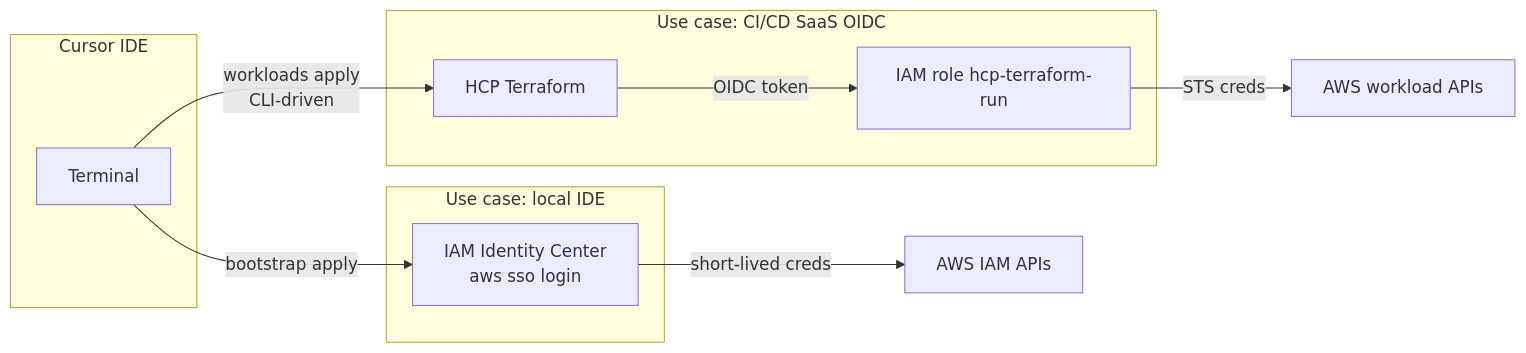
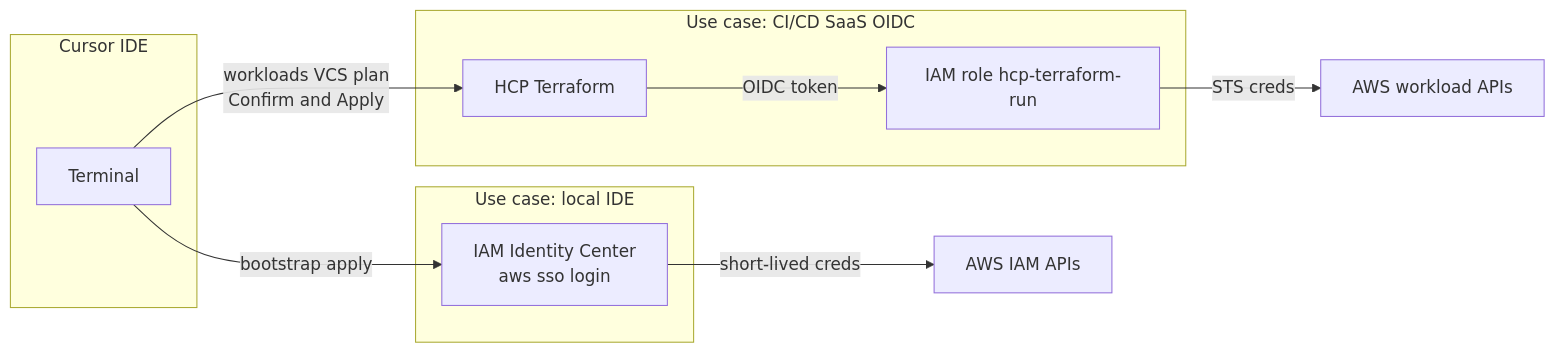
Before and after one commit to UttamGiri/kong-ai-gateway: the second of 6 diagrams in aws/terraform/hcp-terraform-aws-bootstrap.md, drawn with Mermaid. The commit also changed other lines of this file and 8 other files, not shown here.

First line of the commit message:
Switch the workloads workspace to VCS so plans show in HCP Terraform.

````diff
--- a/aws/terraform/hcp-terraform-aws-bootstrap.md
+++ b/aws/terraform/hcp-terraform-aws-bootstrap.md
@@ -63,21 +63,21 @@
 ```mermaid
 flowchart LR
     subgraph ide [Cursor IDE]
         Term["Terminal"]
     end
 
     subgraph human [Use case: local IDE]
         SSO["IAM Identity Center<br/>aws sso login"]
     end
 
     subgraph machine [Use case: CI/CD SaaS OIDC]
         TFC["HCP Terraform"]
         Role["IAM role hcp-terraform-run"]
     end
 
     Term -->|"bootstrap apply"| SSO
     SSO -->|"short-lived creds"| AWS1["AWS IAM APIs"]
-    Term -->|"workloads apply<br/>CLI-driven"| TFC
+    Term -->|"workloads VCS plan<br/>Confirm and Apply"| TFC
     TFC -->|"OIDC token"| Role
     Role -->|"STS creds"| AWS2["AWS workload APIs"]
 ```
````
